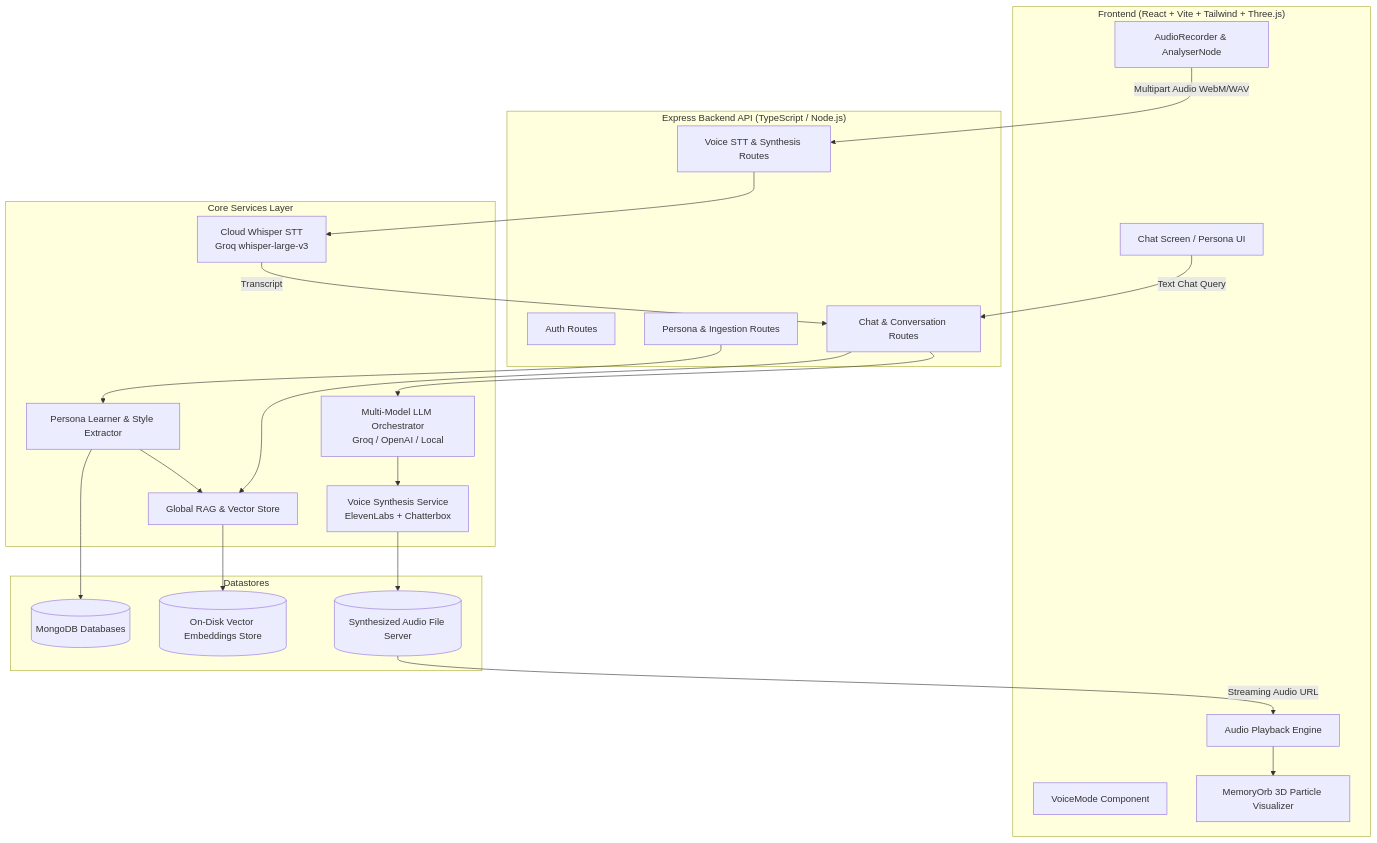
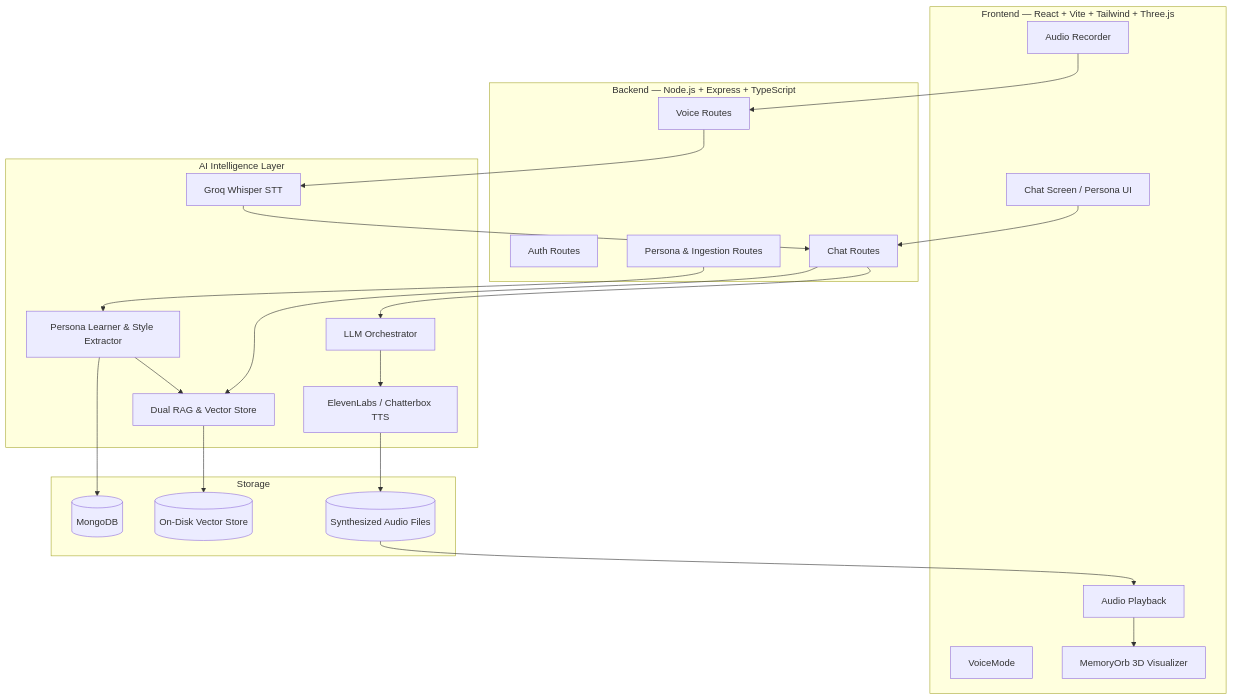
Before and after one commit to arunrajguru/echo: the first of 2 diagrams in README.md, drawn with Mermaid. The commit also changed other lines of this file, not shown here.

````diff
--- a/README.md
+++ b/README.md
@@ -29,46 +84,47 @@
 ```mermaid
 graph TB
-    subgraph Client ["Frontend (React + Vite + Tailwind + Three.js)"]
-        UI[Chat Screen / Persona UI]
-        VM[VoiceMode Component]
-        MO[MemoryOrb 3D Particle Visualizer]
-        REC[AudioRecorder & AnalyserNode]
-        PLAY[Audio Playback Engine]
+    subgraph Client["Frontend — React + Vite + Tailwind + Three.js"]
+        UI["Chat Screen / Persona UI"]
+        VM["VoiceMode"]
+        MO["MemoryOrb 3D Visualizer"]
+        REC["Audio Recorder"]
+        PLAY["Audio Playback"]
     end
 
-    subgraph Gateway ["Express Backend API (TypeScript / Node.js)"]
-        AUTH_R[Auth Routes]
-        PERS_R[Persona & Ingestion Routes]
-        CHAT_R[Chat & Conversation Routes]
-        VOICE_R[Voice STT & Synthesis Routes]
+    subgraph Gateway["Backend — Node.js + Express + TypeScript"]
+        AUTH["Auth Routes"]
+        PERS["Persona & Ingestion Routes"]
+        CHAT["Chat Routes"]
+        VOICE["Voice Routes"]
     end
 
-    subgraph Intelligence ["Core Services Layer"]
-        RAG[Global RAG & Vector Store]
-        LEARN[Persona Learner & Style Extractor]
-        LLM[Multi-Model LLM Orchestrator<br/>Groq / OpenAI / Local]
-        STT[Cloud Whisper STT<br/>Groq whisper-large-v3]
-        TTS[Voice Synthesis Service<br/>ElevenLabs + Chatterbox]
+    subgraph Intelligence["AI Intelligence Layer"]
+        RAG["Dual RAG & Vector Store"]
+        LEARN["Persona Learner & Style Extractor"]
+        LLM["LLM Orchestrator"]
+        STT["Groq Whisper STT"]
+        TTS["ElevenLabs / Chatterbox TTS"]
     end
 
-    subgraph Storage ["Datastores"]
-        MONGO[(MongoDB Databases)]
-        VEC[(On-Disk Vector Embeddings Store)]
-        AUDIO_FS[(Synthesized Audio File Server)]
+    subgraph Storage["Storage"]
+        MONGO[("MongoDB")]
+        VEC[("On-Disk Vector Store")]
+        AUDIO[("Synthesized Audio Files")]
     end
 
-    REC -->|Multipart Audio WebM/WAV| VOICE_R
-    VOICE_R --> STT
-    STT -->|Transcript| CHAT_R
-    UI -->|Text Chat Query| CHAT_R
-    CHAT_R --> RAG
+    REC --> VOICE
+    VOICE --> STT
+    STT --> CHAT
+    UI --> CHAT
+    CHAT --> RAG
     RAG --> VEC
-    CHAT_R --> LLM
+    CHAT --> LLM
     LLM --> TTS
-    TTS --> AUDIO_FS
-    AUDIO_FS -->|Streaming Audio URL| PLAY
+    TTS --> AUDIO
+    AUDIO --> PLAY
     PLAY --> MO
-    PERS_R --> LEARN
+
+    PERS --> LEARN
     LEARN --> MONGO
     LEARN --> RAG
 ```
````
